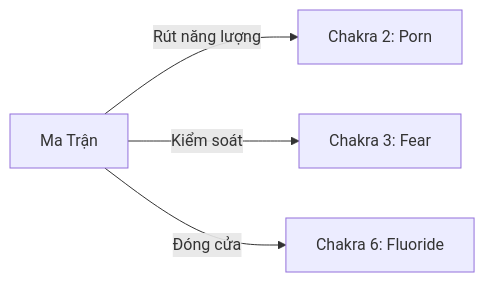
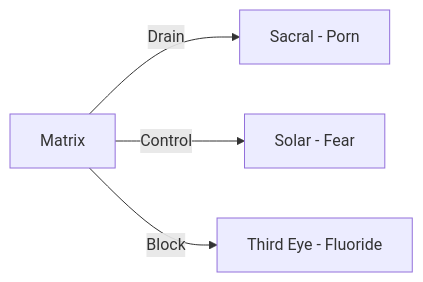
Before and after one commit to dyukahi/knowledge: the third of 3 diagrams in esoterica/Chakra.md, drawn with Mermaid. The commit also changed other lines of this file and 1 other file, not shown here.

Commit message:
Fix Chakra Mermaid: remove quotes and special chars

````diff
--- a/esoterica/Chakra.md
+++ b/esoterica/Chakra.md
@@ -264,12 +264,12 @@
 ```mermaid
 flowchart LR
-    M["Ma Trận"]
+    M[Matrix]
     
-    C2["Chakra 2: Porn"]
-    C3["Chakra 3: Fear"]
-    C6["Chakra 6: Fluoride"]
+    C2[Sacral - Porn]
+    C3[Solar - Fear]
+    C6[Third Eye - Fluoride]
     
-    M -->|"Rút năng lượng"| C2
-    M -->|"Kiểm soát"| C3
-    M -->|"Đóng cửa"| C6
+    M -->|Drain| C2
+    M -->|Control| C3
+    M -->|Block| C6
 ```
````
